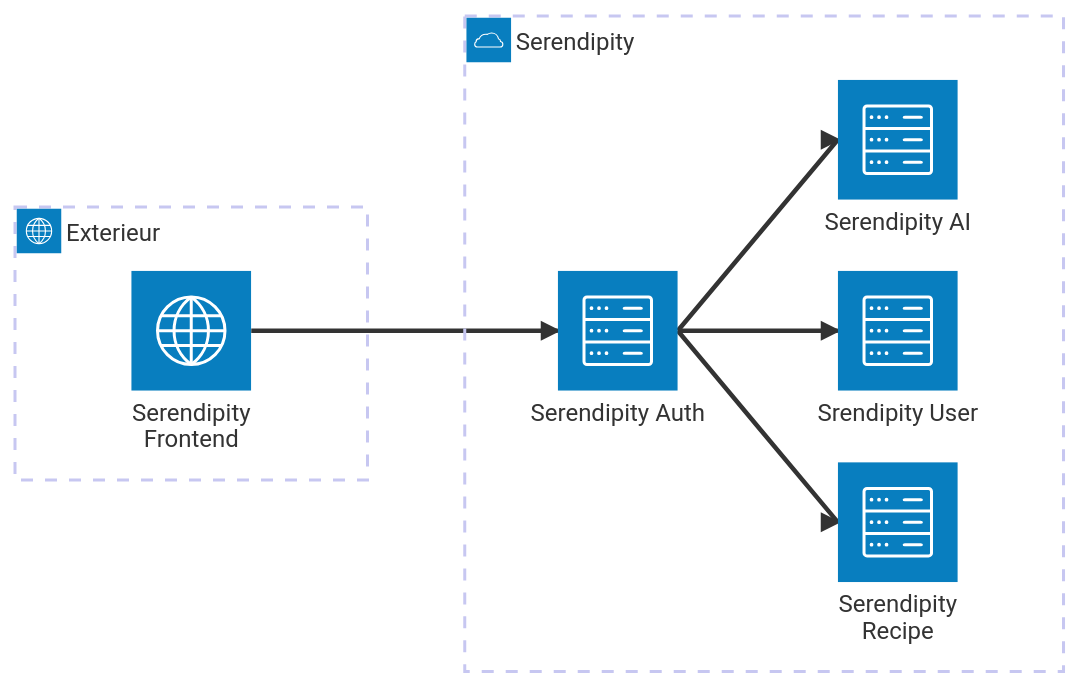
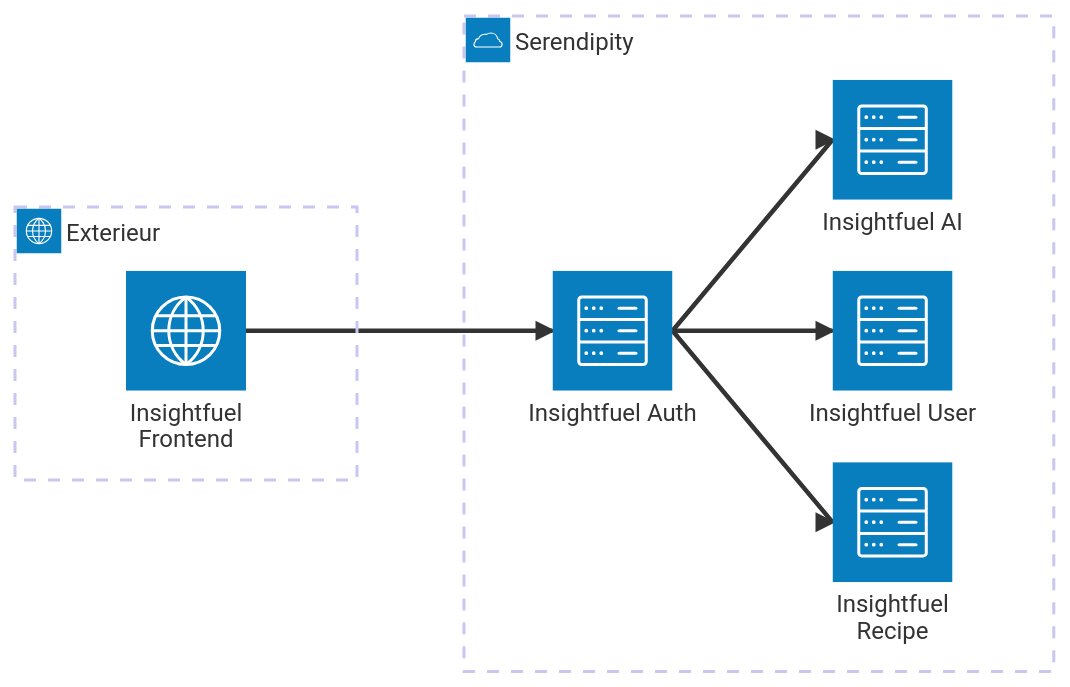
The diagram in profile/README.md (Serendipity-Insights/.github), drawn with Mermaid before and after one commit.

````diff
--- a/profile/README.md
+++ b/profile/README.md
@@ -3,19 +3,19 @@
 ```mermaid
 architecture-beta
     group serendipity(cloud)[Serendipity]
     group extern(internet)[Exterieur]
 
-    service sfrontend(internet)[Serendipity Frontend] in extern
-    service suser(server)[Srendipity User] in serendipity
-    service srecipe(server)[Serendipity Recipe] in serendipity
-    service sai(server)[Serendipity AI] in serendipity
-    service sauth(server)[Serendipity Auth] in serendipity
+    service sfrontend(internet)[Insightfuel Frontend] in extern
+    service suser(server)[Insightfuel User] in serendipity
+    service srecipe(server)[Insightfuel Recipe] in serendipity
+    service sai(server)[Insightfuel AI] in serendipity
+    service sauth(server)[Insightfuel Auth] in serendipity
 
     sfrontend:R --> L:sauth
     sauth:R --> L:suser
     sauth:R --> L:sai
     sauth:R --> L:srecipe
 
     align column sai suser srecipe
     align row sfrontend sauth suser
 ```
````
